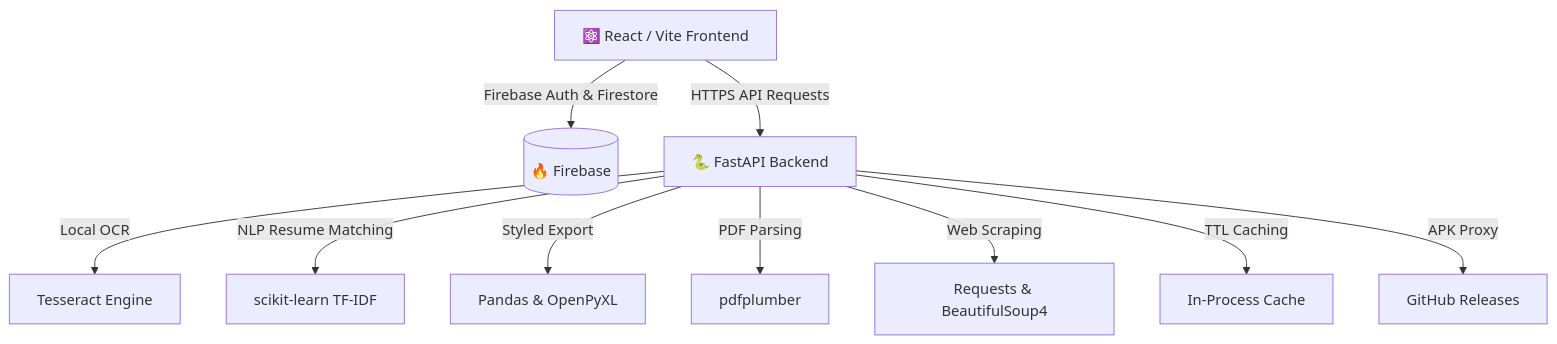
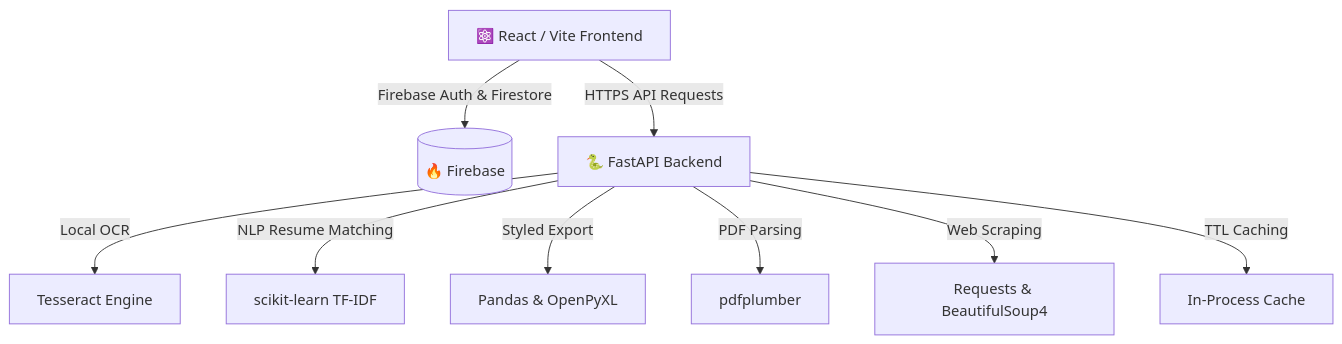
Before and after one commit to Harshvardhan210/ZenJob: the diagram in README.md, drawn with Mermaid. The commit also changed other lines of this file, not shown here.

First line of the commit message:
Remove Direct APK Download section and update Tech Stack

````diff
--- a/README.md
+++ b/README.md
@@ -97,12 +95,12 @@
 ```mermaid
 graph TD
     A[⚛️ React / Vite Frontend] -->|Firebase Auth & Firestore| B[(🔥 Firebase)]
     A -->|HTTPS API Requests| C[🐍 FastAPI Backend]
     C -->|Local OCR| D[Tesseract Engine]
     C -->|NLP Resume Matching| E[scikit-learn TF-IDF]
     C -->|Styled Export| F[Pandas & OpenPyXL]
     C -->|PDF Parsing| G[pdfplumber]
     C -->|Web Scraping| H[Requests & BeautifulSoup4]
     C -->|TTL Caching| I[In-Process Cache]
-    C -->|APK Proxy| J[GitHub Releases]
+
 ```
````
